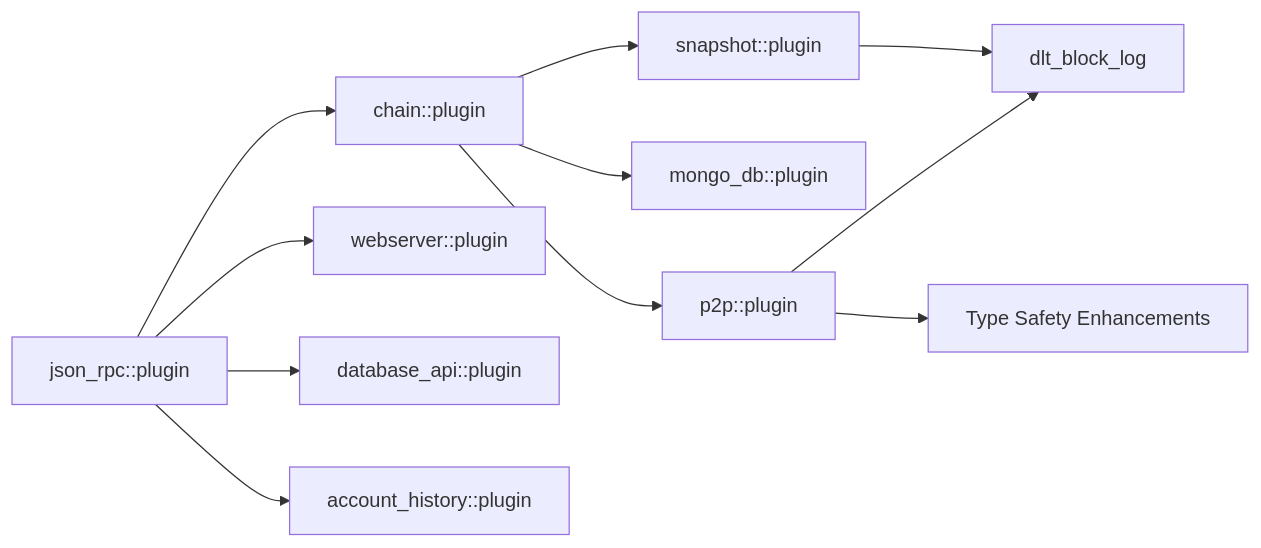
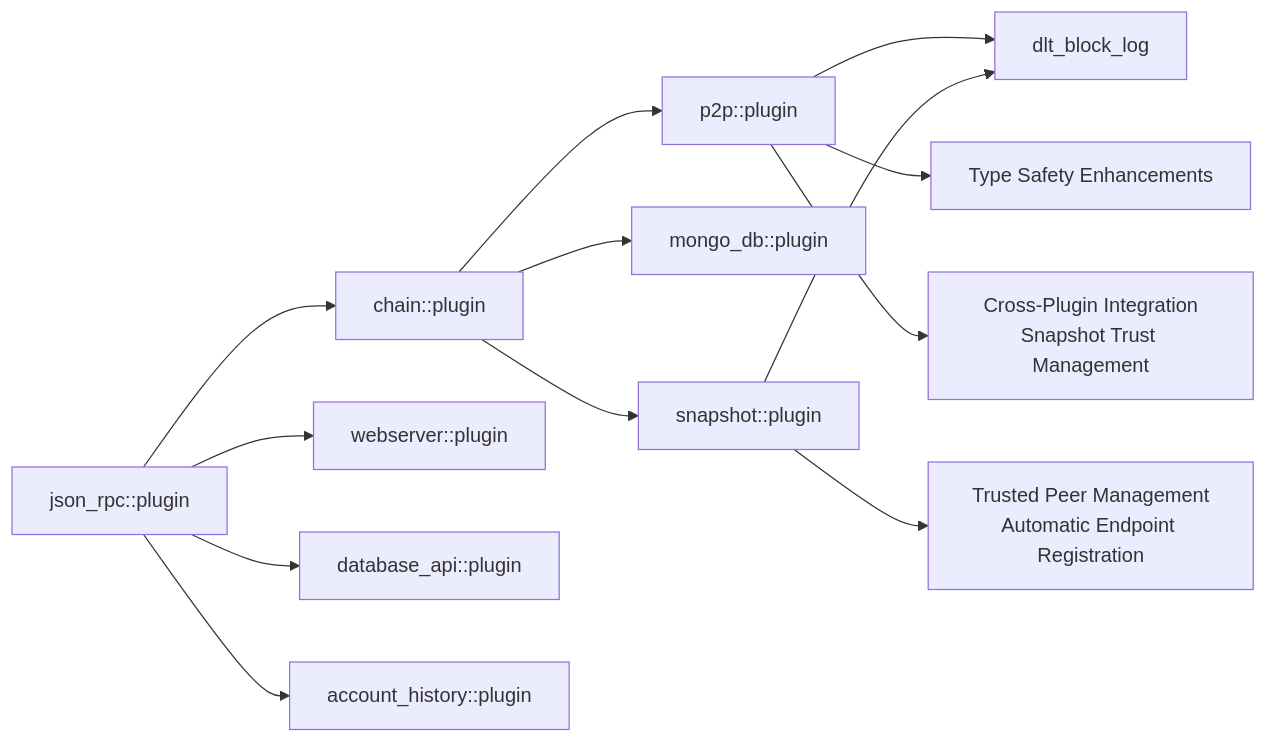
Diagram 20 of 20 in .qoder/repowiki/en/content/Plugin System/Plugin System.md (VIZ-Blockchain/viz-cpp-node), drawn with Mermaid before and after one commit. The commit also changed other lines of this file and 5 other files, not shown here.

````diff
--- a/.qoder/repowiki/en/content/Plugin System/Plugin System.md
+++ b/.qoder/repowiki/en/content/Plugin System/Plugin System.md
@@ -769,13 +893,15 @@
 ```mermaid
 graph LR
 JSON["json_rpc::plugin"] --> CHAIN["chain::plugin"]
 JSON --> WEB["webserver::plugin"]
 JSON --> DBAPI["database_api::plugin"]
 JSON --> AHIST["account_history::plugin"]
 CHAIN --> P2P["p2p::plugin"]
 CHAIN --> MONGO["mongo_db::plugin"]
 CHAIN --> SNAP["snapshot::plugin"]
 P2P --> DLT["dlt_block_log"]
 SNAP --> DLT
 P2P --> TYPESAFE["Type Safety Enhancements"]
+P2P --> CROSSPLUGIN["Cross-Plugin Integration<br/>Snapshot Trust Management"]
+SNAP --> TRUSTEDPEERS["Trusted Peer Management<br/>Automatic Endpoint Registration"]
 ```
````
